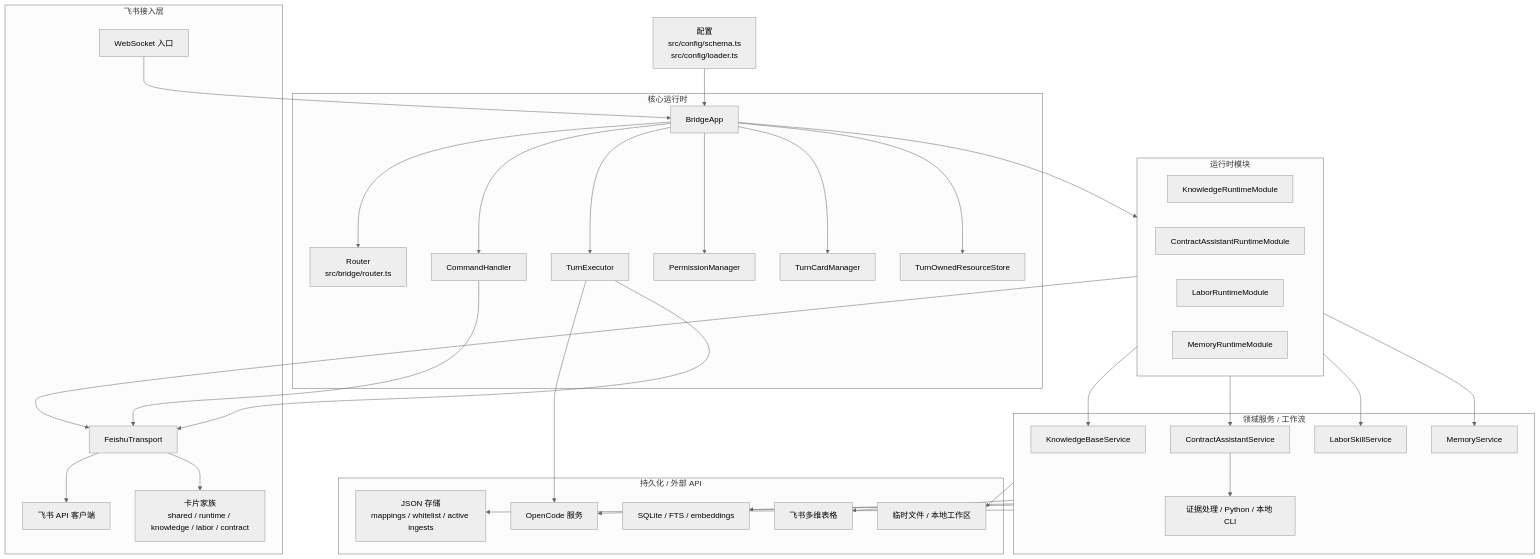
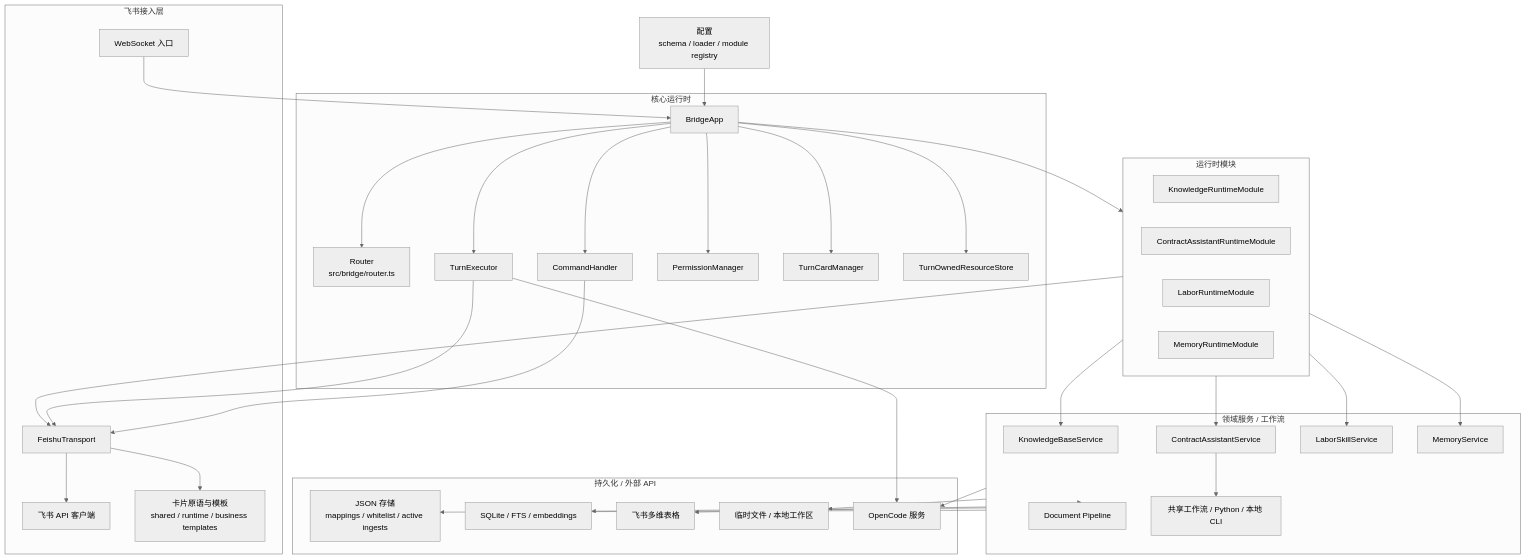
Before and after one commit to Clukay-Fun/feishu-opencode-bridge: the second of 2 diagrams in README.md, drawn with Mermaid (neutral theme). The commit also changed other lines of this file and 76 other files, not shown here.

````diff
--- a/README.md
+++ b/README.md
@@ -82,72 +86,74 @@
 ```mermaid
 flowchart TB
-    config["配置<br/>src/config/schema.ts<br/>src/config/loader.ts"]
+    config["配置<br/>schema / loader / module registry"]
 
     subgraph feishu["飞书接入层"]
       ws["WebSocket 入口"]
       api["飞书 API 客户端"]
       transport["FeishuTransport"]
-      cardFamilies["卡片家族<br/>shared / runtime / knowledge / labor / contract"]
+      cardRuntime["卡片原语与模板<br/>shared / runtime / business templates"]
     end
 
     subgraph core["核心运行时"]
       app["BridgeApp"]
       router["Router<br/>src/bridge/router.ts"]
       command["CommandHandler"]
       executor["TurnExecutor"]
       permission["PermissionManager"]
       turnCards["TurnCardManager"]
       resources["TurnOwnedResourceStore"]
     end
 
     subgraph modules["运行时模块"]
       knowledgeModule["KnowledgeRuntimeModule"]
       contractModule["ContractAssistantRuntimeModule"]
       laborModule["LaborRuntimeModule"]
       memoryModule["MemoryRuntimeModule"]
     end
 
     subgraph services["领域服务 / 工作流"]
       knowledge["KnowledgeBaseService"]
       contract["ContractAssistantService"]
       labor["LaborSkillService"]
       memory["MemoryService"]
-      workflow["证据处理 / Python / 本地 CLI"]
+      documentPipeline["Document Pipeline"]
+      workflow["共享工作流 / Python / 本地 CLI"]
     end
 
     subgraph persistence["持久化 / 外部 API"]
       json["JSON 存储<br/>mappings / whitelist / active ingests"]
       sqlite["SQLite / FTS / embeddings"]
       bitable["飞书多维表格"]
       files["临时文件 / 本地工作区"]
       opencode["OpenCode 服务"]
     end
 
     config --> app
     ws --> app
     app --> router
     app --> command
     app --> executor
     app --> permission
     app --> turnCards
     app --> resources
     app --> modules
 
     command --> transport
     executor --> opencode
     executor --> transport
     modules --> transport
     transport --> api
-    transport --> cardFamilies
+    transport --> cardRuntime
 
     modules --> knowledge
     modules --> contract
     modules --> labor
     modules --> memory
+    services --> documentPipeline
     services --> json
     services --> sqlite
     services --> bitable
     services --> files
     services --> opencode
     contract --> workflow
 ```
````
